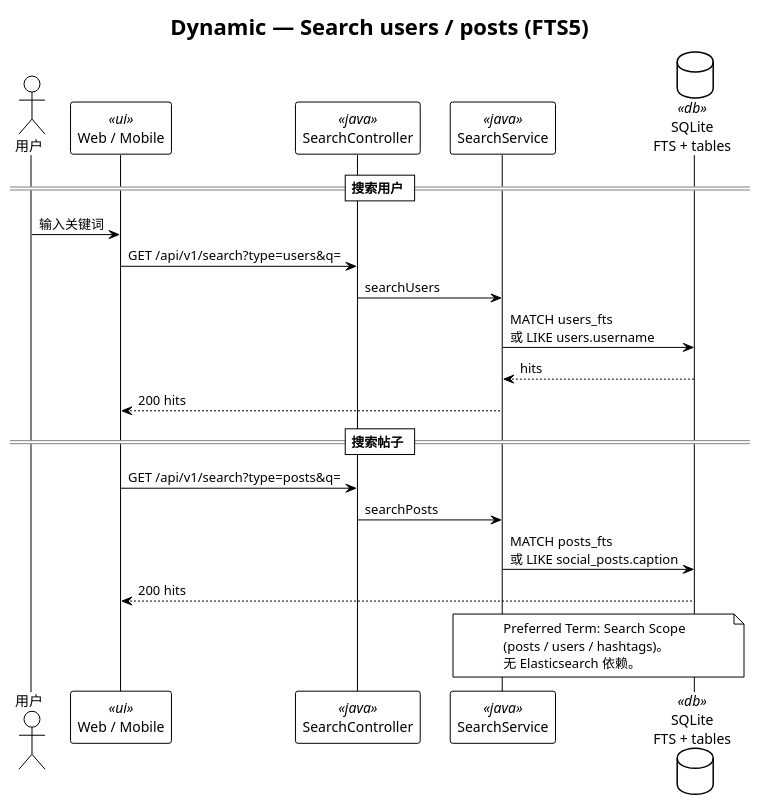
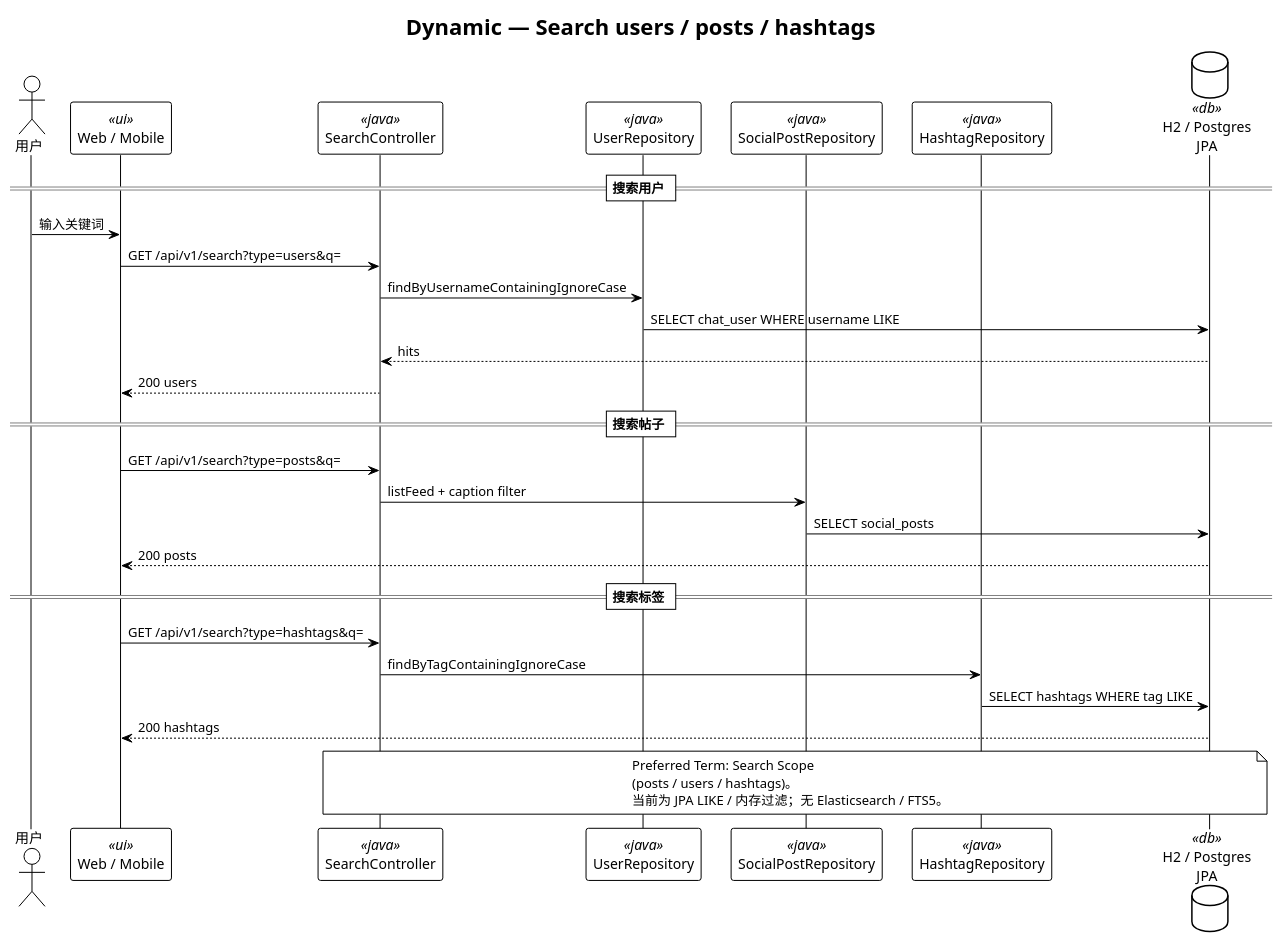
Before and after one commit to felixzhu97/explore-chat: the diagram in docs/developer/c4-model/C4-Dynamic-Search-FTS.puml, drawn with PlantUML. The commit also changed 9 other files, not shown here.

```diff
--- a/docs/developer/c4-model/C4-Dynamic-Search-FTS.puml
+++ b/docs/developer/c4-model/C4-Dynamic-Search-FTS.puml
@@ -1,34 +1,42 @@
 @startuml C4-Dynamic-Search-FTS
 !theme plain
 skinparam backgroundColor #FFFFFF
 skinparam shadowing false
 
-title Dynamic — Search users / posts (FTS5)
+title Dynamic — Search users / posts / hashtags
 
 actor "用户" as user
 participant "Web / Mobile" as ui <<ui>>
 participant "SearchController" as searchCtrl <<java>>
-participant "SearchService" as searchSvc <<java>>
-database "SQLite\nFTS + tables" as db <<db>>
+participant "UserRepository" as userRepo <<java>>
+participant "SocialPostRepository" as postRepo <<java>>
+participant "HashtagRepository" as tagRepo <<java>>
+database "H2 / Postgres\nJPA" as db <<db>>
 
 == 搜索用户 ==
 user -> ui : 输入关键词
 ui -> searchCtrl : GET /api/v1/search?type=users&q=
-searchCtrl -> searchSvc : searchUsers
-searchSvc -> db : MATCH users_fts\n或 LIKE users.username
-db --> searchSvc : hits
-searchSvc --> ui : 200 hits
+searchCtrl -> userRepo : findByUsernameContainingIgnoreCase
+userRepo -> db : SELECT chat_user WHERE username LIKE
+db --> searchCtrl : hits
+searchCtrl --> ui : 200 users
 
 == 搜索帖子 ==
 ui -> searchCtrl : GET /api/v1/search?type=posts&q=
-searchCtrl -> searchSvc : searchPosts
-searchSvc -> db : MATCH posts_fts\n或 LIKE social_posts.caption
-db --> ui : 200 hits
+searchCtrl -> postRepo : listFeed + caption filter
+postRepo -> db : SELECT social_posts
+db --> ui : 200 posts
 
-note over searchSvc, db
+== 搜索标签 ==
+ui -> searchCtrl : GET /api/v1/search?type=hashtags&q=
+searchCtrl -> tagRepo : findByTagContainingIgnoreCase
+tagRepo -> db : SELECT hashtags WHERE tag LIKE
+db --> ui : 200 hashtags
+
+note over searchCtrl, db
   Preferred Term: Search Scope
   (posts / users / hashtags)。
-  无 Elasticsearch 依赖。
+  当前为 JPA LIKE / 内存过滤；无 Elasticsearch / FTS5。
 end note
 
 @enduml
```
